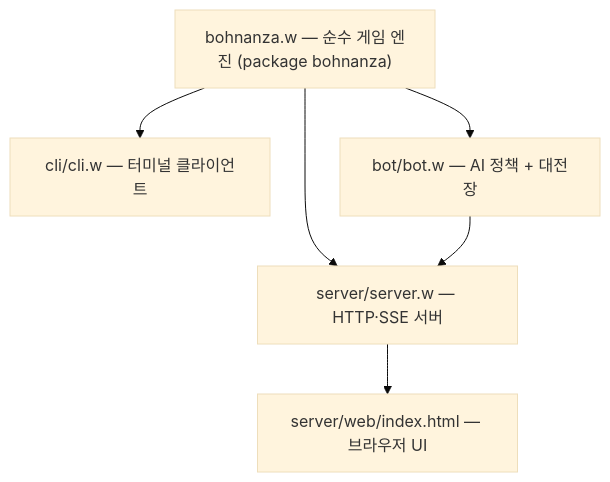
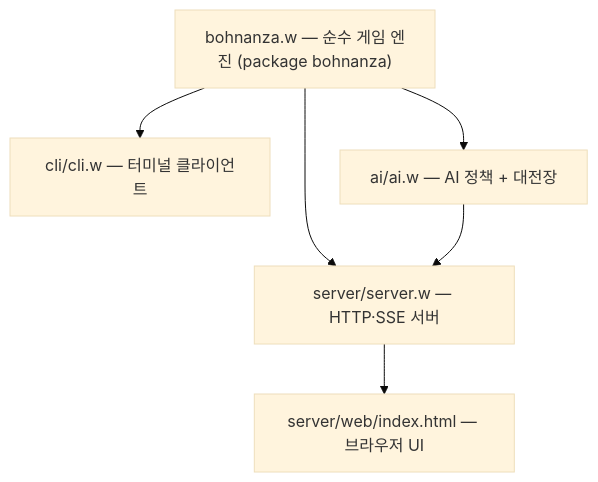
Before and after one commit to sjnam/bohnanza: the diagram in README.md, drawn with Mermaid (base theme). The commit also changed other lines of this file, not shown here.

````diff
--- a/README.md
+++ b/README.md
@@ -34,9 +34,9 @@
 ```mermaid
 graph TD
   E["bohnanza.w — 순수 게임 엔진 (package bohnanza)"]
   E --> C["cli/cli.w — 터미널 클라이언트"]
-  E --> B["bot/bot.w — AI 정책 + 대전장"]
+  E --> B["ai/ai.w — AI 정책 + 대전장"]
   E --> S["server/server.w — HTTP·SSE 서버"]
   B --> S
   S --> W["server/web/index.html — 브라우저 UI"]
 ```
````
